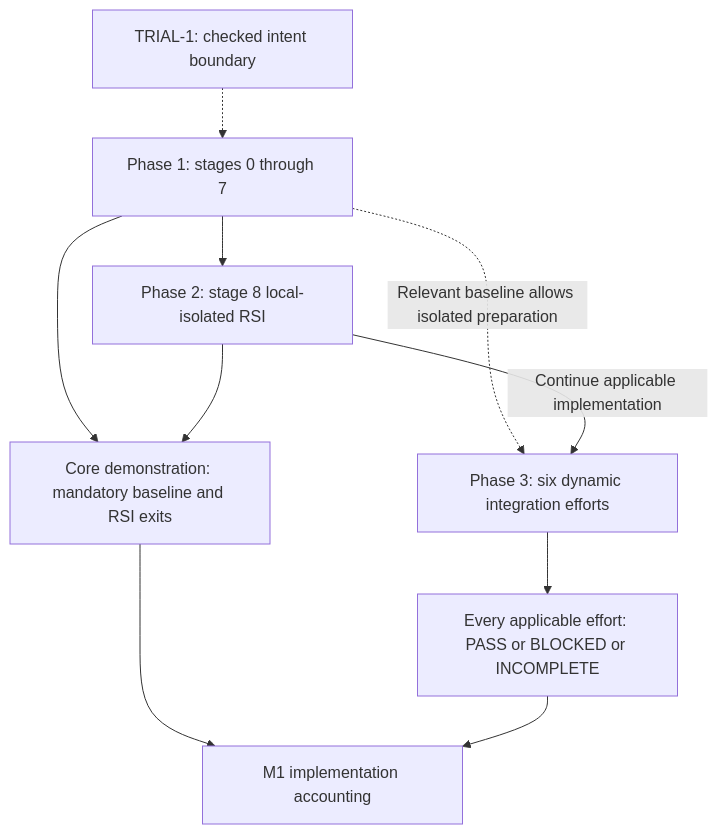
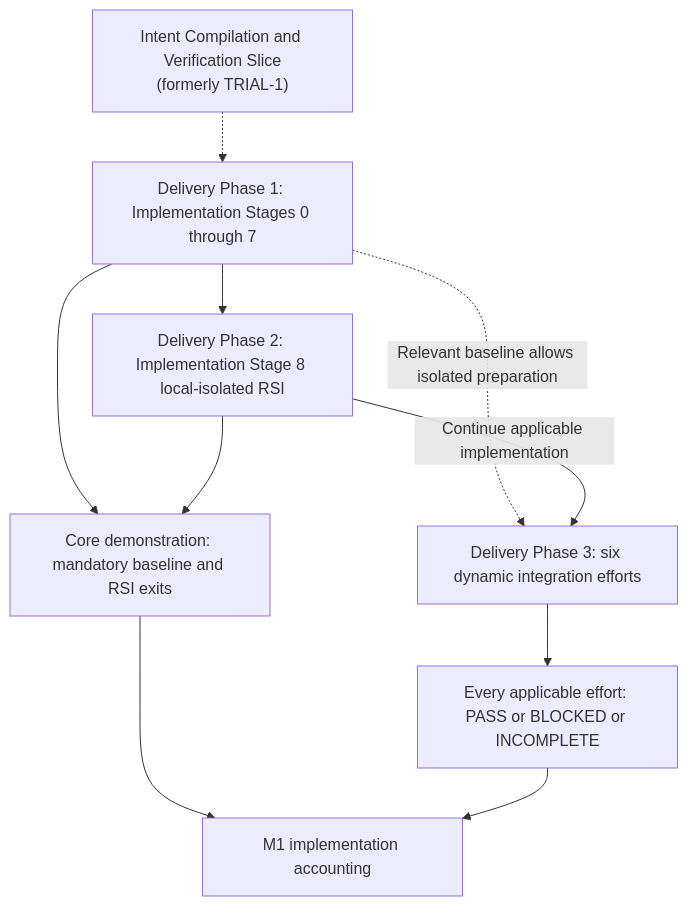
Before and after one commit to Stellven/jiuwenswarm: the diagram in docs/architecture/build-package/delivery-phases.md, drawn with Mermaid. The commit also changed other lines of this file and 39 other files, not shown here.

Commit message:
Standardize architecture vocabulary and name the Phase 1 intent slice

````diff
--- a/docs/architecture/build-package/delivery-phases.md
+++ b/docs/architecture/build-package/delivery-phases.md
@@ -46,12 +46,12 @@
 ```mermaid
 flowchart TB
-    Trial[TRIAL-1: checked intent boundary] -.-> P1[Phase 1: stages 0 through 7]
-    P1 --> P2[Phase 2: stage 8 local-isolated RSI]
-    P1 -.->|Relevant baseline allows isolated preparation| P3[Phase 3: six dynamic integration efforts]
+    Slice["Intent Compilation and Verification Slice<br/>(formerly TRIAL-1)"] -.-> P1[Delivery Phase 1: Implementation Stages 0 through 7]
+    P1 --> P2[Delivery Phase 2: Implementation Stage 8 local-isolated RSI]
+    P1 -.->|Relevant baseline allows isolated preparation| P3[Delivery Phase 3: six dynamic integration efforts]
     P2 -->|Continue applicable implementation| P3
     P1 --> Core[Core demonstration: mandatory baseline and RSI exits]
     P2 --> Core
     P3 --> Account[Every applicable effort: PASS or BLOCKED or INCOMPLETE]
     Core --> Report[M1 implementation accounting]
     Account --> Report
 ```
````
